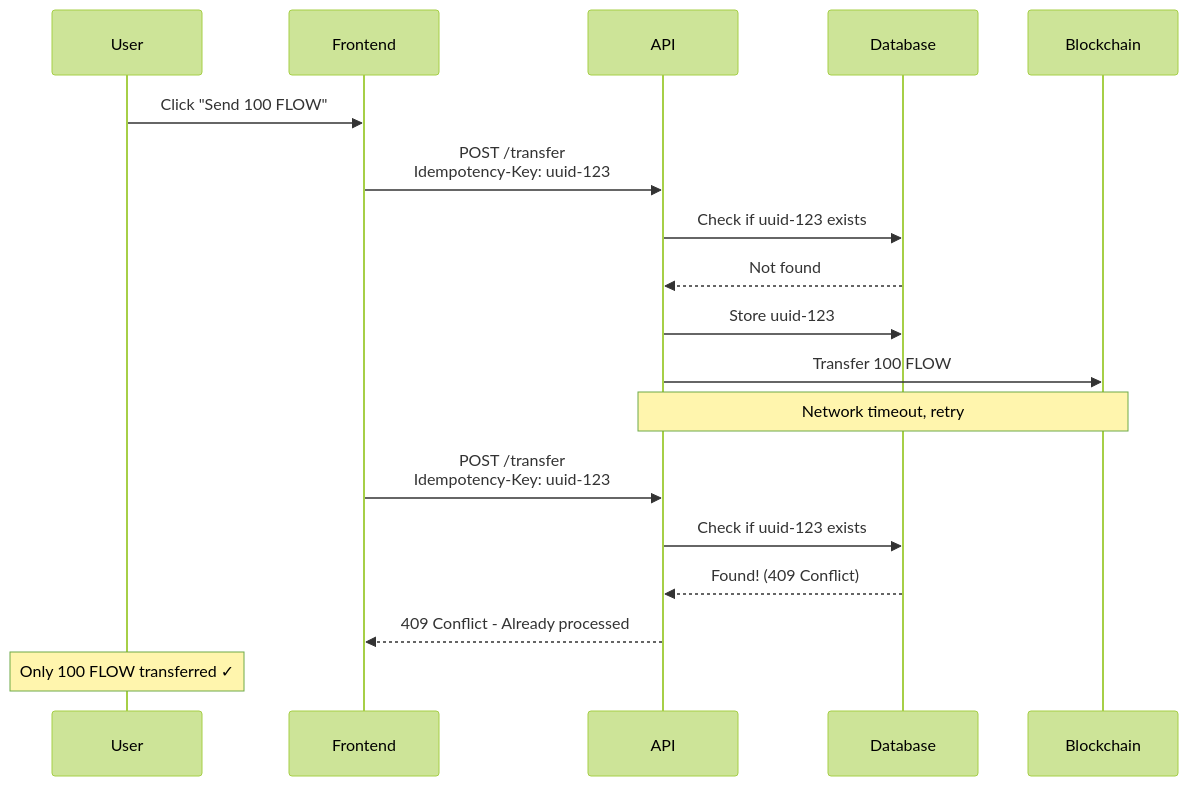
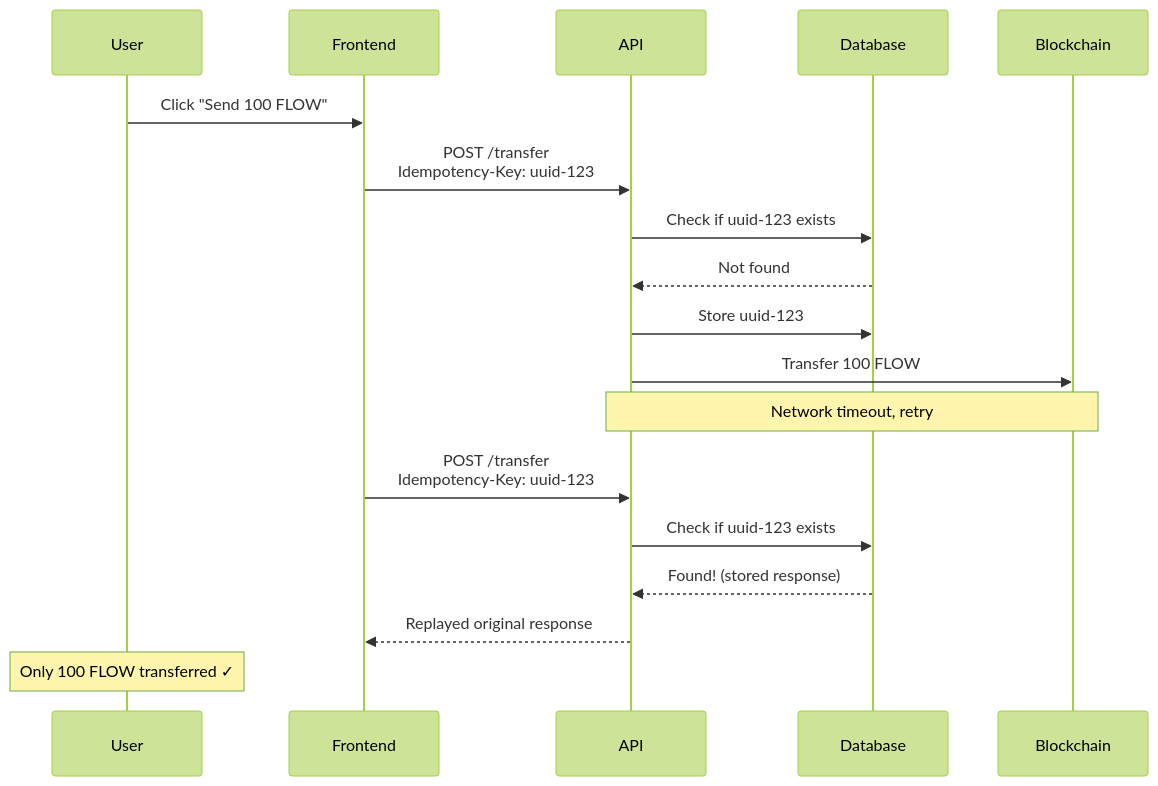
Before and after one commit to 4rtdr0p/flow-accounts-manager: the second of 8 diagrams in docs/docs/concepts/idempotency.md, drawn with Mermaid (forest theme). The commit also changed other lines of this file and 8 other files, not shown here.

````diff
--- a/docs/docs/concepts/idempotency.md
+++ b/docs/docs/concepts/idempotency.md
@@ -37,23 +37,23 @@
 ```mermaid
 sequenceDiagram
     participant User
     participant Frontend
     participant API
     participant Database
     participant Blockchain
     
     User->>Frontend: Click "Send 100 FLOW"
     Frontend->>API: POST /transfer<br/>Idempotency-Key: uuid-123
     API->>Database: Check if uuid-123 exists
     Database-->>API: Not found
     API->>Database: Store uuid-123
     API->>Blockchain: Transfer 100 FLOW
     
     Note over API,Blockchain: Network timeout, retry
     Frontend->>API: POST /transfer<br/>Idempotency-Key: uuid-123
     API->>Database: Check if uuid-123 exists
-    Database-->>API: Found! (409 Conflict)
-    API-->>Frontend: 409 Conflict - Already processed
+    Database-->>API: Found! (stored response)
+    API-->>Frontend: Replayed original response
     
     Note over User: Only 100 FLOW transferred ✓
 ```
````
